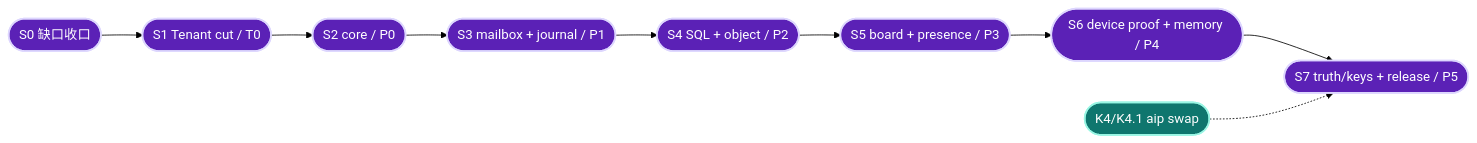
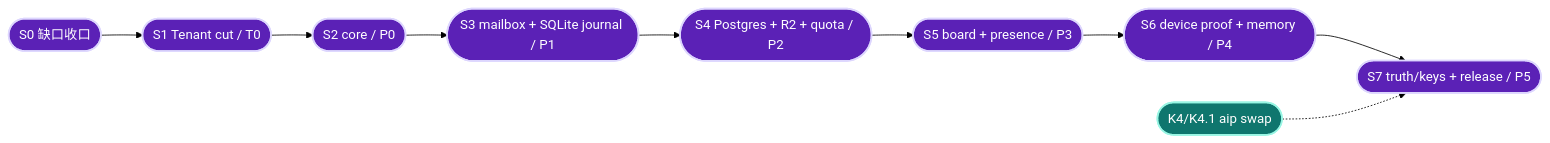
Before and after one commit to Ancienttwo/byok-sdk: diagram 23 of 23 in docs/architecture/sdk-architecture.md, drawn with Mermaid (forest theme). The commit also changed other lines of this file and 2 other files, not shown here.

First line of the commit message:
docs(architecture): merge GPT Pro v2 storage/quota increments

````diff
--- a/docs/architecture/sdk-architecture.md
+++ b/docs/architecture/sdk-architecture.md
@@ -1317,18 +1473,18 @@
 ```mermaid
 flowchart LR
   classDef stage fill:#5b21b6,stroke:#ddd6fe,stroke-width:2px,color:#fff
   classDef parallel fill:#0f766e,stroke:#99f6e4,stroke-width:2px,color:#fff
 
   S0(["S0 缺口收口"]):::stage
   S1(["S1 Tenant cut / T0"]):::stage
   S2(["S2 core / P0"]):::stage
-  S3(["S3 mailbox + journal / P1"]):::stage
-  S4(["S4 SQL + object / P2"]):::stage
+  S3(["S3 mailbox + SQLite journal / P1"]):::stage
+  S4(["S4 Postgres + R2 + quota / P2"]):::stage
   S5(["S5 board + presence / P3"]):::stage
   S6(["S6 device proof + memory / P4"]):::stage
   S7(["S7 truth/keys + release / P5"]):::stage
   K4(["K4/K4.1 aip swap"]):::parallel
 
   S0 --> S1 --> S2 --> S3 --> S4 --> S5 --> S6 --> S7
   K4 -.-> S7
 ```
````
